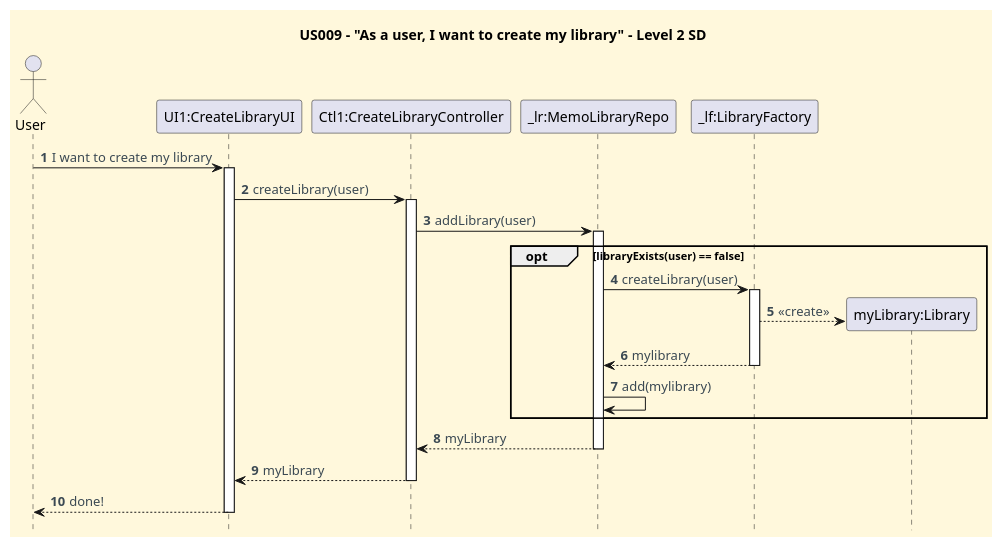
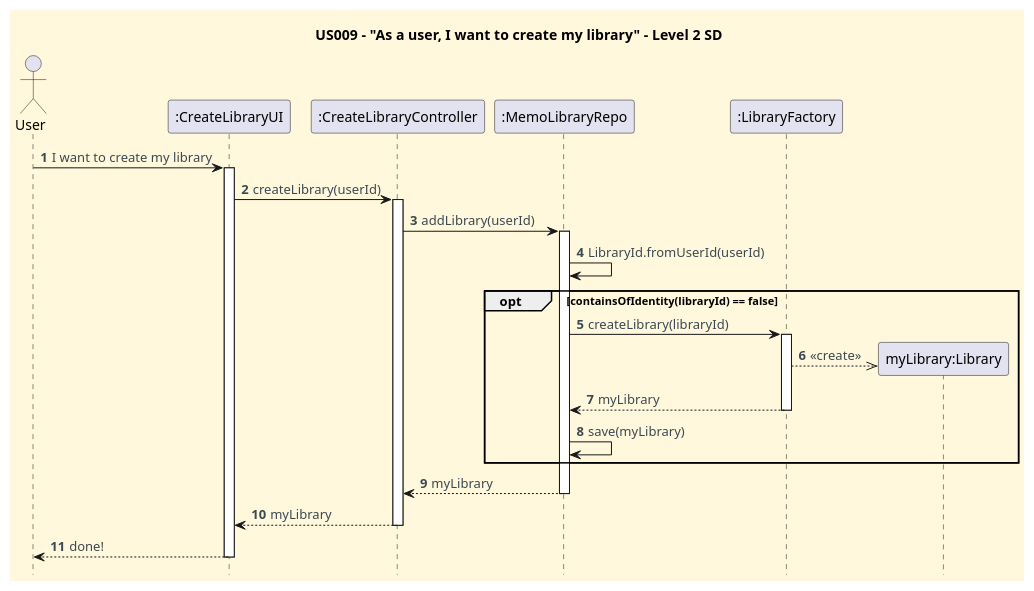
The diagram in docs/user-stories/US009/US009_create_my_library_SD.puml (CarolinaLeite-collab/JavaMarketplacePlatform), drawn with PlantUML before and after one commit. The commit also changed 1 other file, not shown here.

```diff
--- a/docs/user-stories/US009/US009_create_my_library_SD.puml
+++ b/docs/user-stories/US009/US009_create_my_library_SD.puml
@@ -1,60 +1,62 @@
 @startuml
 title US009 - "As a user, I want to create my library" - Level 2 SD
 hidefootbox
 
 '==== basic style ====
 skinparam monochrome false
 skinparam shadowing false
 skinparam defaultFontName Futura
 skinparam objectFontSize 20
 skinparam backgroundColor CornSilk
 skinparam objectBackgroundColor WhiteSmoke
 skinparam noteBackgroundColor #FFFFE0
 skinparam ArrowFontColor #3B4953
 skinparam ActivationBackgroundColor black
 
 autonumber
 autoactivate off
 
 ' --- Actor and participants ---
 actor User
-participant "UI1:CreateLibraryUI" as UI
-participant "Ctl1:CreateLibraryController" as CTL
-participant "_lr:MemoLibraryRepo" as LR
-participant "_lf:LibraryFactory" as LF
+participant ":CreateLibraryUI" as UI
+participant ":CreateLibraryController" as CTL
+participant ":MemoLibraryRepo" as LR
+participant ":LibraryFactory" as LF
 
 ' --- UI interaction ---
 User -> UI: I want to create my library
 activate UI
 
 
 ' --- Use case execution ---
-UI -> CTL: createLibrary(user)
+UI -> CTL: createLibrary(userId)
 activate CTL
 
-CTL -> LR: addLibrary(user)
+CTL -> LR: addLibrary(userId)
 activate LR
 
-    opt libraryExists(user) == false
-        LR -> LF: createLibrary(user)
+LR -> LR: LibraryId.fromUserId(userId)
+
+    opt containsOfIdentity(libraryId) == false
+        LR -> LF: createLibrary(libraryId)
         activate LF
         create "myLibrary:Library"
-        LF --> "myLibrary:Library": <<create>>
-        LF --> LR: mylibrary
+        LF -->> "myLibrary:Library": <<create>>
+        LF --> LR: myLibrary
         deactivate LF
 
-        LR -> LR: add(mylibrary)
+        LR -> LR: save(myLibrary)
 
 
     end
 
 LR --> CTL: myLibrary
 deactivate LR
 
 CTL --> UI: myLibrary
 deactivate CTL
 
 UI --> User: done!
 deactivate UI
 
 @enduml
```
